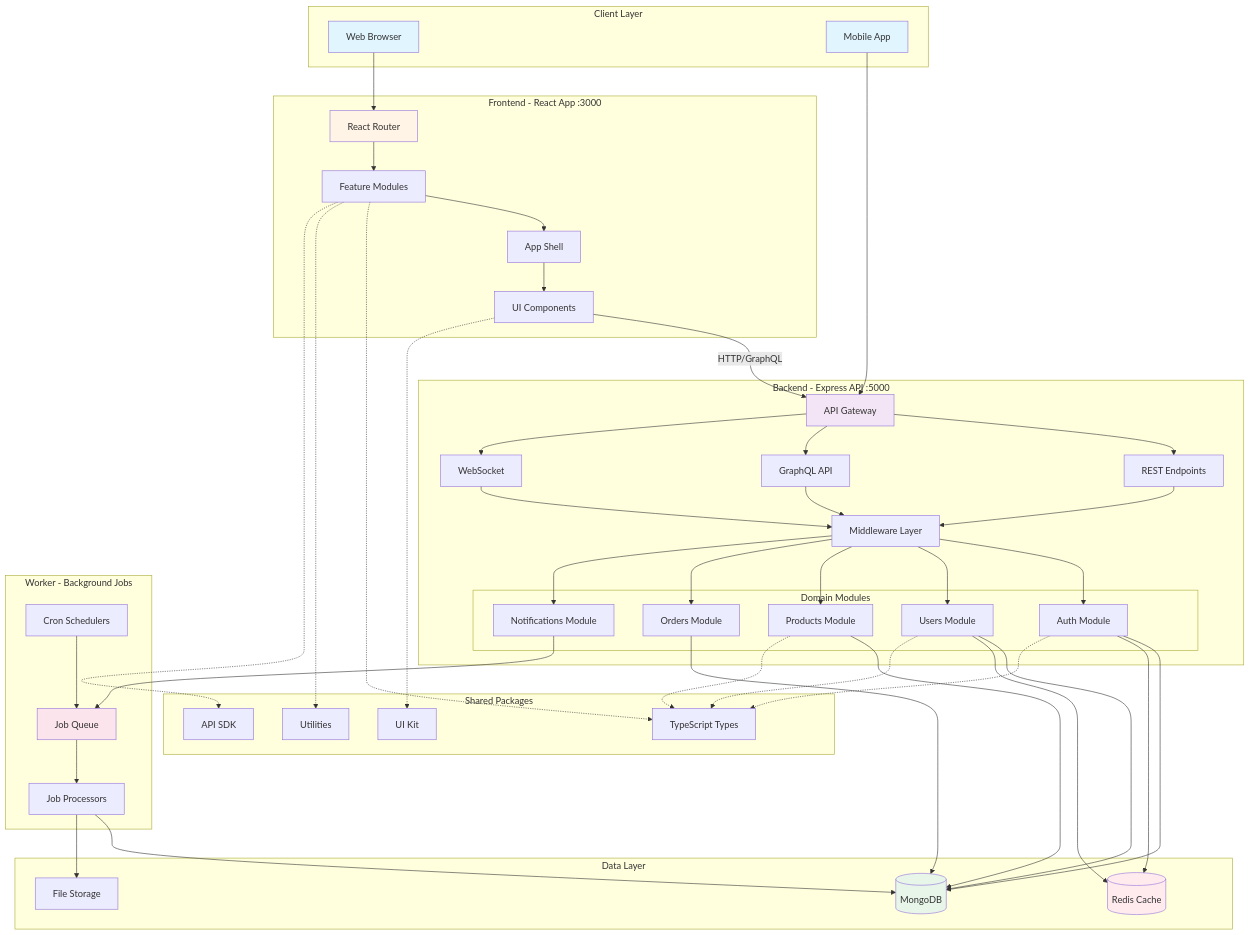
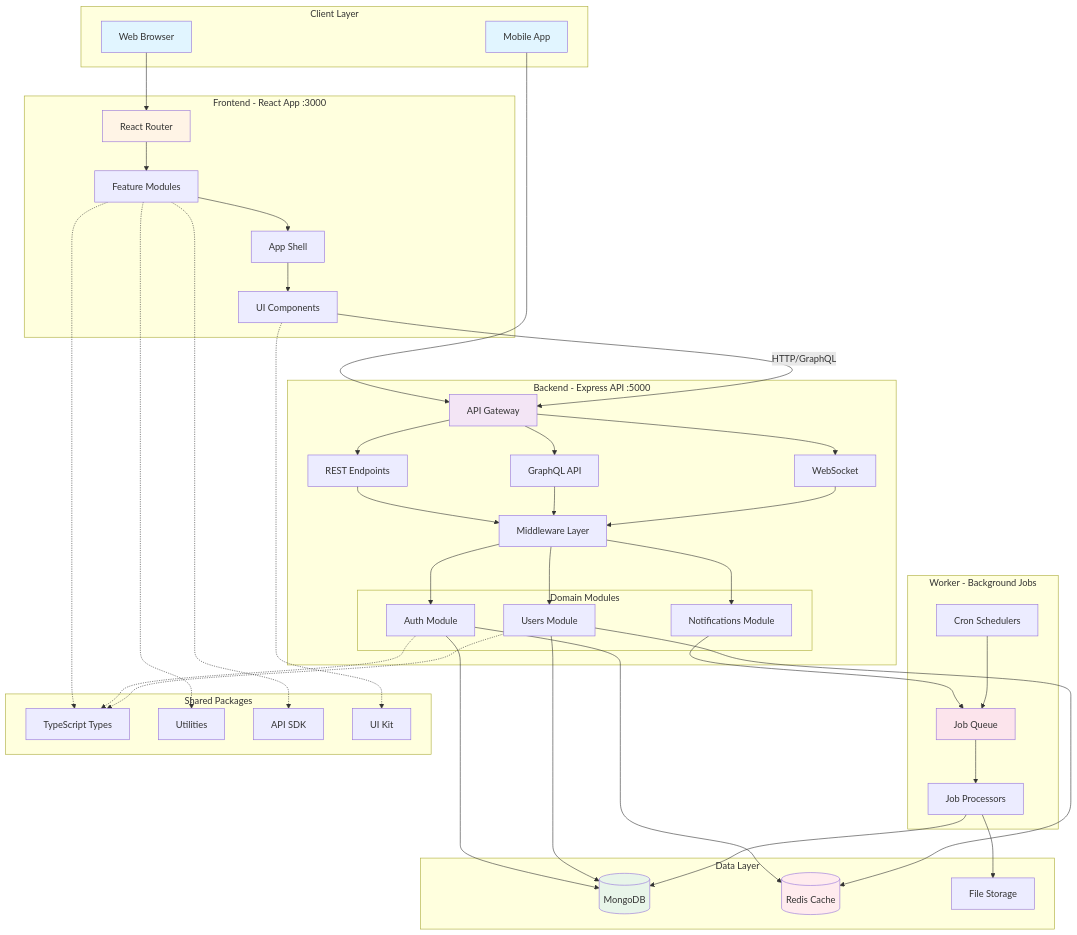
Before and after one commit to EmsiPrds/betteratimonan: the diagram in README.md, drawn with Mermaid. The commit also changed other lines of this file and 25 other files, not shown here.

```diff
--- a/README.md
+++ b/README.md
@@ -39,8 +36,6 @@
         subgraph "Domain Modules"
             Auth[Auth Module]
             Users[Users Module]
-            Products[Products Module]
-            Orders[Orders Module]
             Notifications[Notifications Module]
         end
         
@@ -83,14 +78,10 @@
     
     Middleware --> Auth
     Middleware --> Users
-    Middleware --> Products
-    Middleware --> Orders
     Middleware --> Notifications
     
     Auth --> MongoDB
     Users --> MongoDB
-    Products --> MongoDB
-    Orders --> MongoDB
     
     Auth --> Redis
     Users --> Redis
@@ -109,7 +100,6 @@
     
     Auth -.-> Types
     Users -.-> Types
-    Products -.-> Types
 
     style Browser fill:#e1f5ff
     style Mobile fill:#e1f5ff
```
